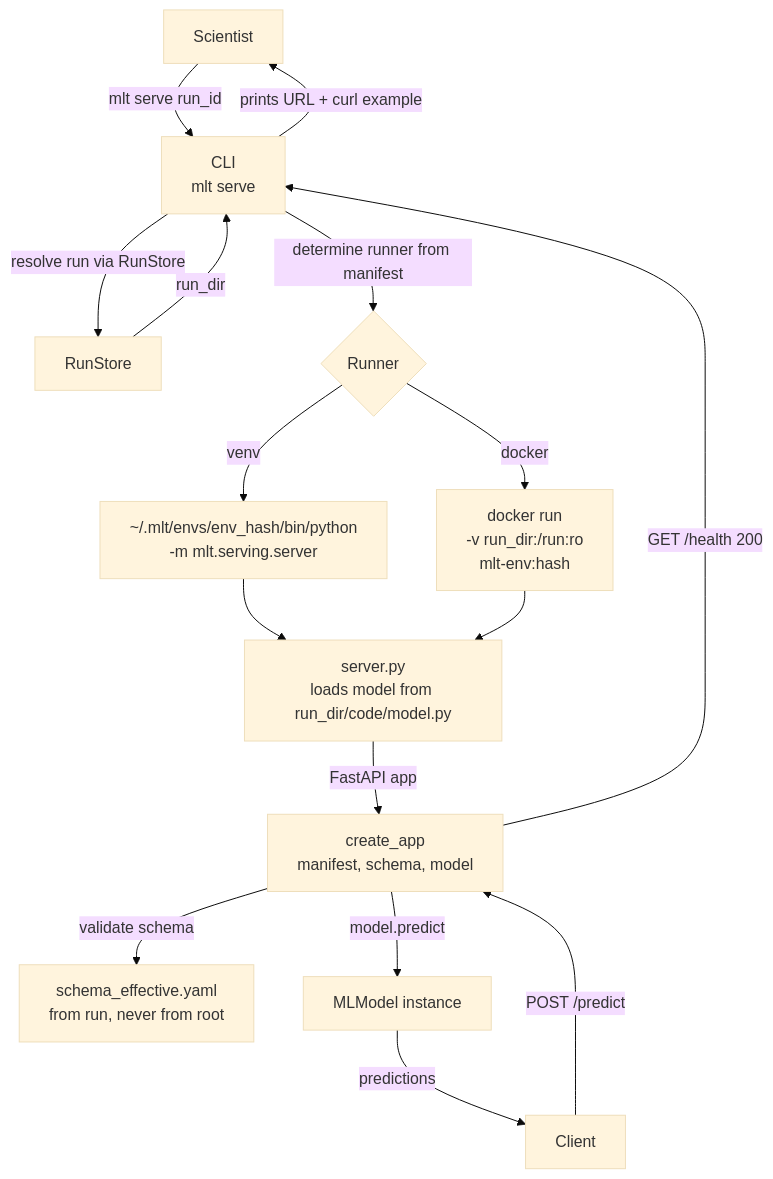
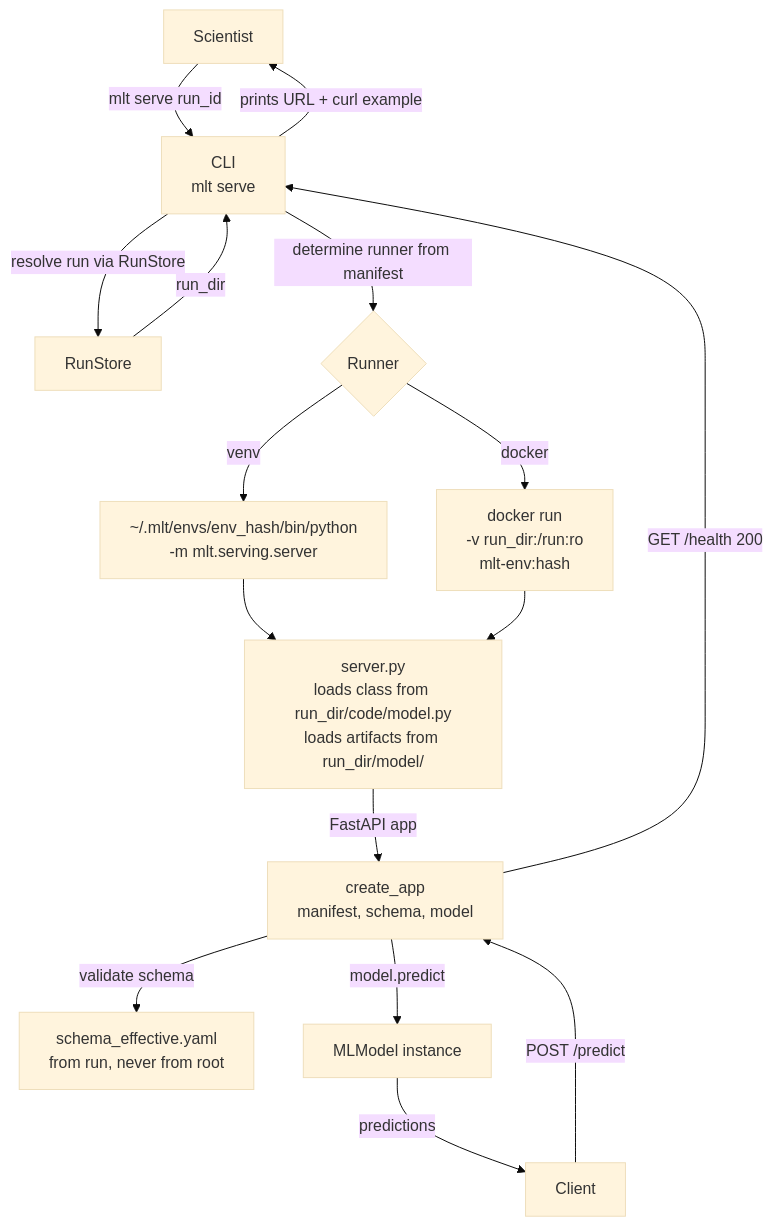
Before and after one commit to rafa-am/olx-mlops-case: the second of 4 diagrams in docs/architecture.md, drawn with Mermaid (base theme). The commit also changed other lines of this file, not shown here.

First line of the commit message:
fix architecture.md discrepancies with current implementation

````diff
--- a/docs/architecture.md
+++ b/docs/architecture.md
@@ -34,22 +34,22 @@
 ```mermaid
 flowchart TD
     DS[Scientist] -->|mlt serve run_id| CLI[CLI\nmlt serve]
     CLI -->|resolve run via RunStore| STORE[RunStore]
     STORE -->|run_dir| CLI
 
     CLI -->|determine runner from manifest| RUNNER{Runner}
     RUNNER -->|venv| VENV[~/.mlt/envs/env_hash/bin/python\n-m mlt.serving.server]
     RUNNER -->|docker| DOCKER[docker run\n-v run_dir:/run:ro\nmlt-env:hash]
 
-    VENV --> SERVER[server.py\nloads model from run_dir/code/model.py]
+    VENV --> SERVER[server.py\nloads class from run_dir/code/model.py\nloads artifacts from run_dir/model/]
     DOCKER --> SERVER
 
     SERVER -->|FastAPI app| APP[create_app\nmanifest, schema, model]
     APP -->|GET /health 200| CLI
     CLI -->|prints URL + curl example| DS
 
     CLIENT[Client] -->|POST /predict| APP
     APP -->|validate schema| SCHEMA[schema_effective.yaml\nfrom run, never from root]
     APP -->|model.predict| MODEL[MLModel instance]
     MODEL -->|predictions| CLIENT
 ```
````
